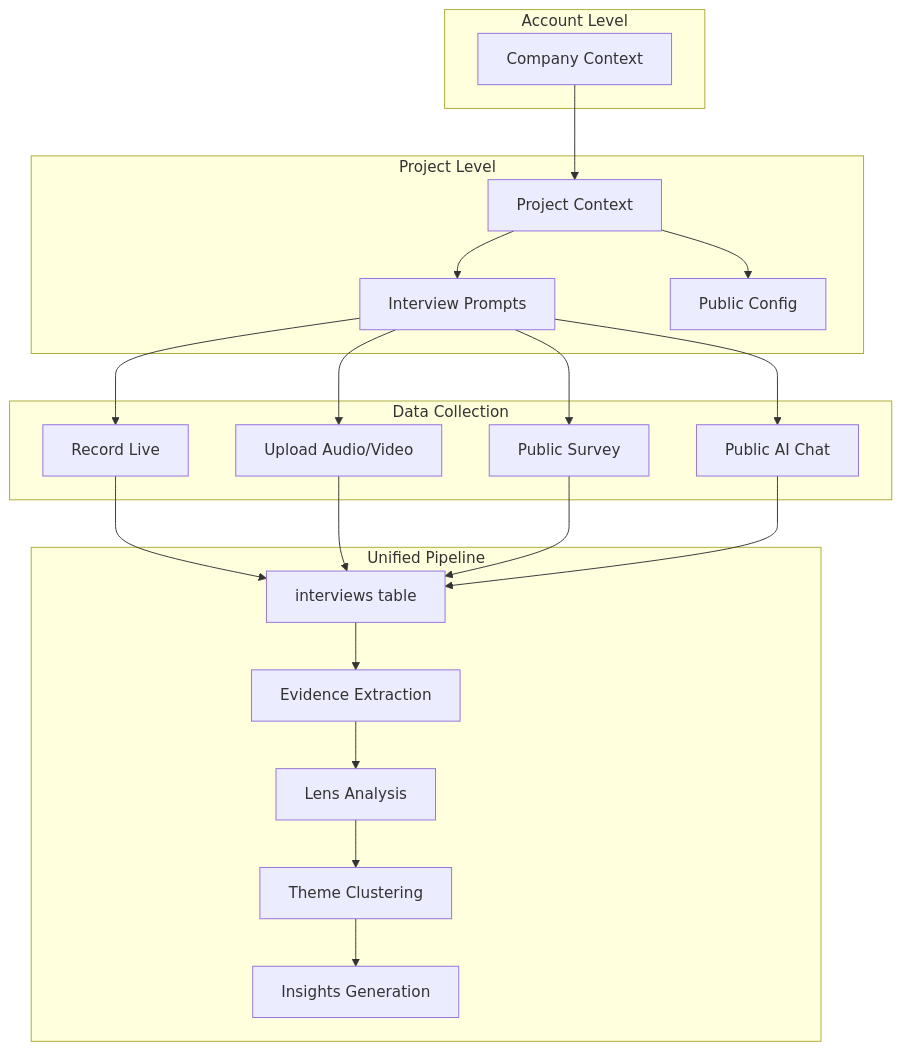
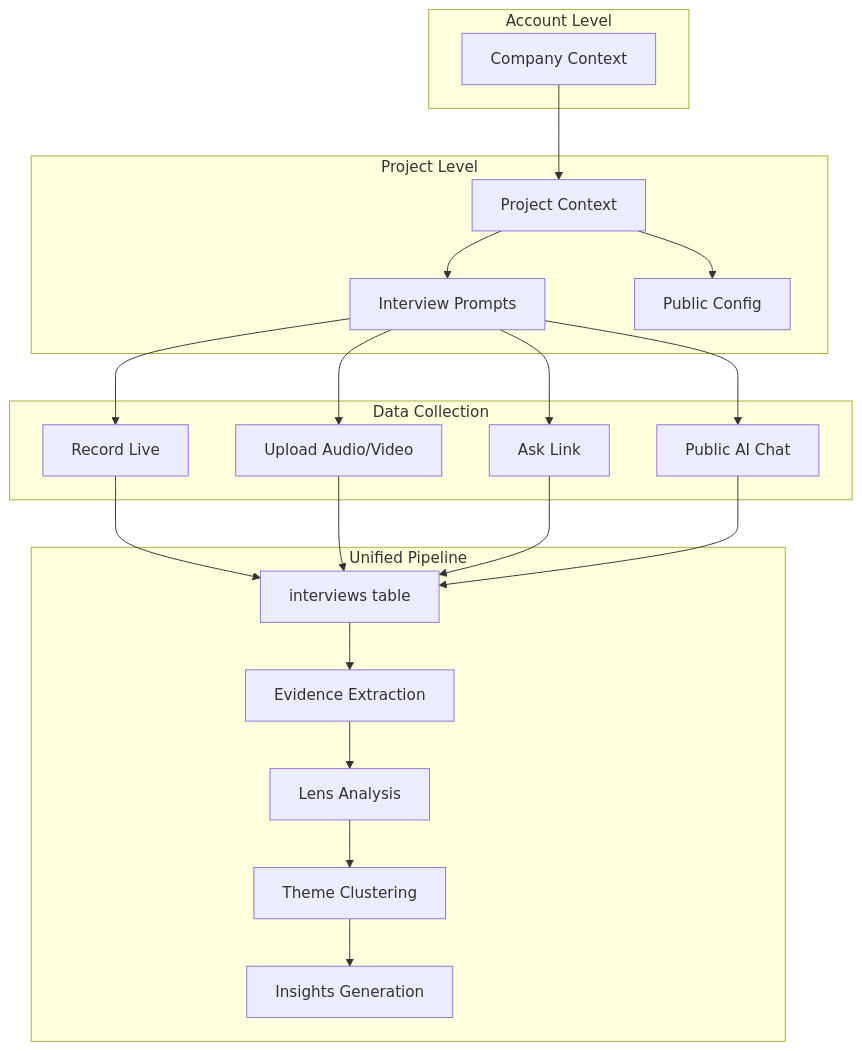
One commit to epic-hq/Insights changed the first of 2 diagrams in docs/20-features-prds/features/unified-conversation-architecture.md. Above: the diagram before and after it, drawn with Mermaid. The commit also changed other lines of this file and 41 other files, not shown here.

First line of the commit message:
feat(ask): enhance responses with analytics, analysis, and unified architecture planning

````diff
--- a/docs/20-features-prds/features/unified-conversation-architecture.md
+++ b/docs/20-features-prds/features/unified-conversation-architecture.md
@@ -42,46 +51,46 @@
 ```mermaid
 flowchart TB
     subgraph Account["Account Level"]
         AC[Company Context]
     end
 
     subgraph Project["Project Level"]
         PC[Project Context]
         IP[Interview Prompts]
         PUB[Public Config]
     end
 
     subgraph Collection["Data Collection"]
         REC[Record Live]
         UPL[Upload Audio/Video]
-        SUR[Public Survey]
+        ASK[Ask Link]
         CHAT[Public AI Chat]
     end
 
     subgraph Pipeline["Unified Pipeline"]
         INT[interviews table]
         EV[Evidence Extraction]
         LENS[Lens Analysis]
         TH[Theme Clustering]
         INS[Insights Generation]
     end
 
     AC --> PC
     PC --> IP
     PC --> PUB
 
     IP --> REC
     IP --> UPL
-    IP --> SUR
+    IP --> ASK
     IP --> CHAT
 
     REC --> INT
     UPL --> INT
-    SUR --> INT
+    ASK --> INT
     CHAT --> INT
 
     INT --> EV
     EV --> LENS
     LENS --> TH
     TH --> INS
 ```
````
